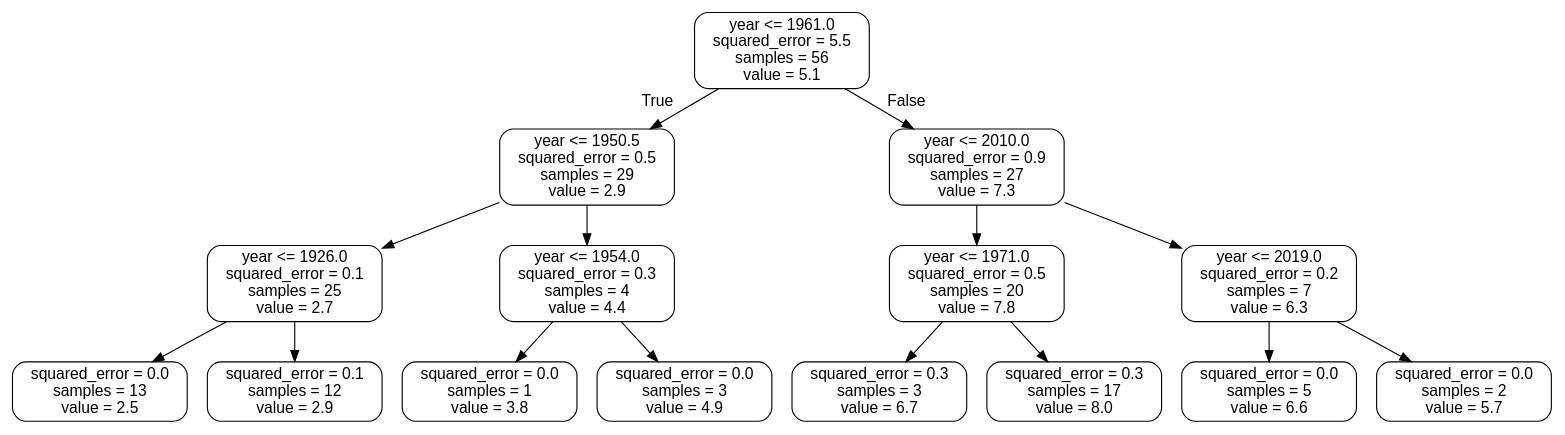
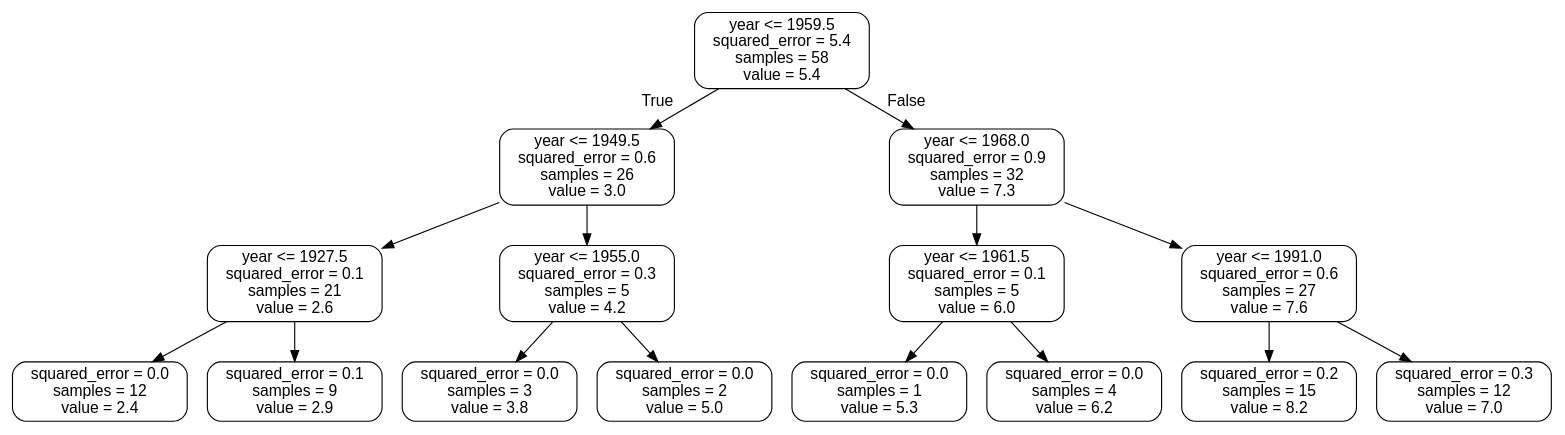
The diagram in small_tree.dot (L-dos-Santos/final-project), drawn with Graphviz before and after one commit. The commit also changed 2 other files, not shown here.

```diff
--- a/small_tree.dot
+++ b/small_tree.dot
@@ -1,33 +1,33 @@
 digraph Tree {
 node [shape=box, style="rounded", color="black", fontname="helvetica"] ;
 edge [fontname="helvetica"] ;
-0 [label="year <= 1961.0\nsquared_error = 5.5\nsamples = 56\nvalue = 5.1"] ;
-1 [label="year <= 1950.5\nsquared_error = 0.5\nsamples = 29\nvalue = 2.9"] ;
+0 [label="year <= 1959.5\nsquared_error = 5.4\nsamples = 58\nvalue = 5.4"] ;
+1 [label="year <= 1949.5\nsquared_error = 0.6\nsamples = 26\nvalue = 3.0"] ;
 0 -> 1 [labeldistance=2.5, labelangle=45, headlabel="True"] ;
-2 [label="year <= 1926.0\nsquared_error = 0.1\nsamples = 25\nvalue = 2.7"] ;
+2 [label="year <= 1927.5\nsquared_error = 0.1\nsamples = 21\nvalue = 2.6"] ;
 1 -> 2 ;
-3 [label="squared_error = 0.0\nsamples = 13\nvalue = 2.5"] ;
+3 [label="squared_error = 0.0\nsamples = 12\nvalue = 2.4"] ;
 2 -> 3 ;
-4 [label="squared_error = 0.1\nsamples = 12\nvalue = 2.9"] ;
+4 [label="squared_error = 0.1\nsamples = 9\nvalue = 2.9"] ;
 2 -> 4 ;
-5 [label="year <= 1954.0\nsquared_error = 0.3\nsamples = 4\nvalue = 4.4"] ;
+5 [label="year <= 1955.0\nsquared_error = 0.3\nsamples = 5\nvalue = 4.2"] ;
 1 -> 5 ;
-6 [label="squared_error = 0.0\nsamples = 1\nvalue = 3.8"] ;
+6 [label="squared_error = 0.0\nsamples = 3\nvalue = 3.8"] ;
 5 -> 6 ;
-7 [label="squared_error = 0.0\nsamples = 3\nvalue = 4.9"] ;
+7 [label="squared_error = 0.0\nsamples = 2\nvalue = 5.0"] ;
 5 -> 7 ;
-8 [label="year <= 2010.0\nsquared_error = 0.9\nsamples = 27\nvalue = 7.3"] ;
+8 [label="year <= 1968.0\nsquared_error = 0.9\nsamples = 32\nvalue = 7.3"] ;
 0 -> 8 [labeldistance=2.5, labelangle=-45, headlabel="False"] ;
-9 [label="year <= 1971.0\nsquared_error = 0.5\nsamples = 20\nvalue = 7.8"] ;
+9 [label="year <= 1961.5\nsquared_error = 0.1\nsamples = 5\nvalue = 6.0"] ;
 8 -> 9 ;
-10 [label="squared_error = 0.3\nsamples = 3\nvalue = 6.7"] ;
+10 [label="squared_error = 0.0\nsamples = 1\nvalue = 5.3"] ;
 9 -> 10 ;
-11 [label="squared_error = 0.3\nsamples = 17\nvalue = 8.0"] ;
+11 [label="squared_error = 0.0\nsamples = 4\nvalue = 6.2"] ;
 9 -> 11 ;
-12 [label="year <= 2019.0\nsquared_error = 0.2\nsamples = 7\nvalue = 6.3"] ;
+12 [label="year <= 1991.0\nsquared_error = 0.6\nsamples = 27\nvalue = 7.6"] ;
 8 -> 12 ;
-13 [label="squared_error = 0.0\nsamples = 5\nvalue = 6.6"] ;
+13 [label="squared_error = 0.2\nsamples = 15\nvalue = 8.2"] ;
 12 -> 13 ;
-14 [label="squared_error = 0.0\nsamples = 2\nvalue = 5.7"] ;
+14 [label="squared_error = 0.3\nsamples = 12\nvalue = 7.0"] ;
 12 -> 14 ;
 }
```
